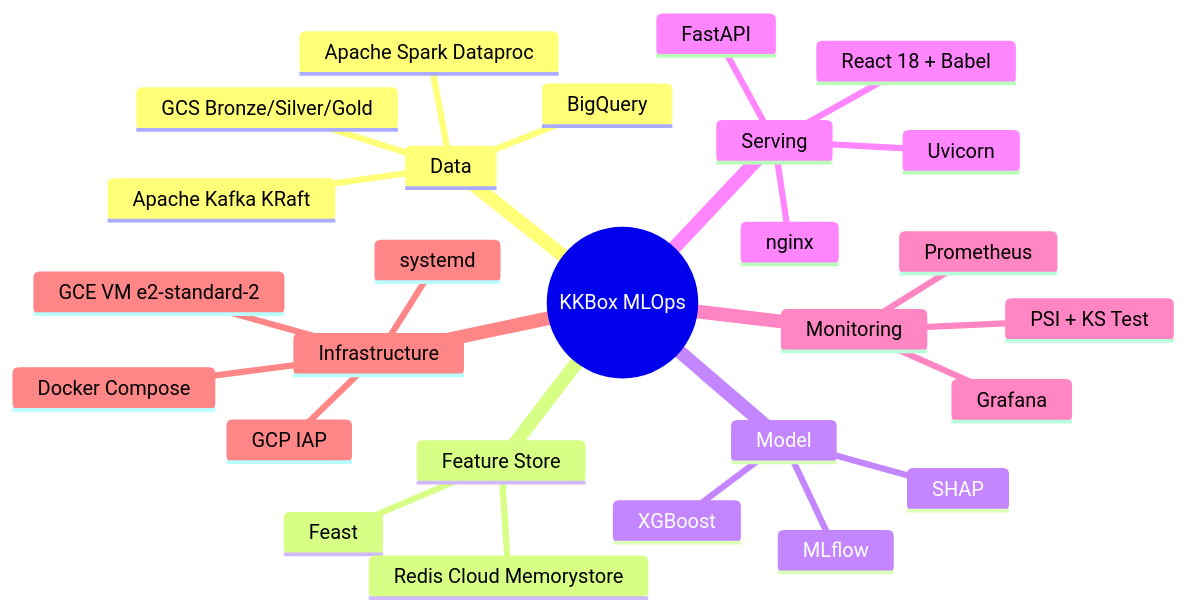
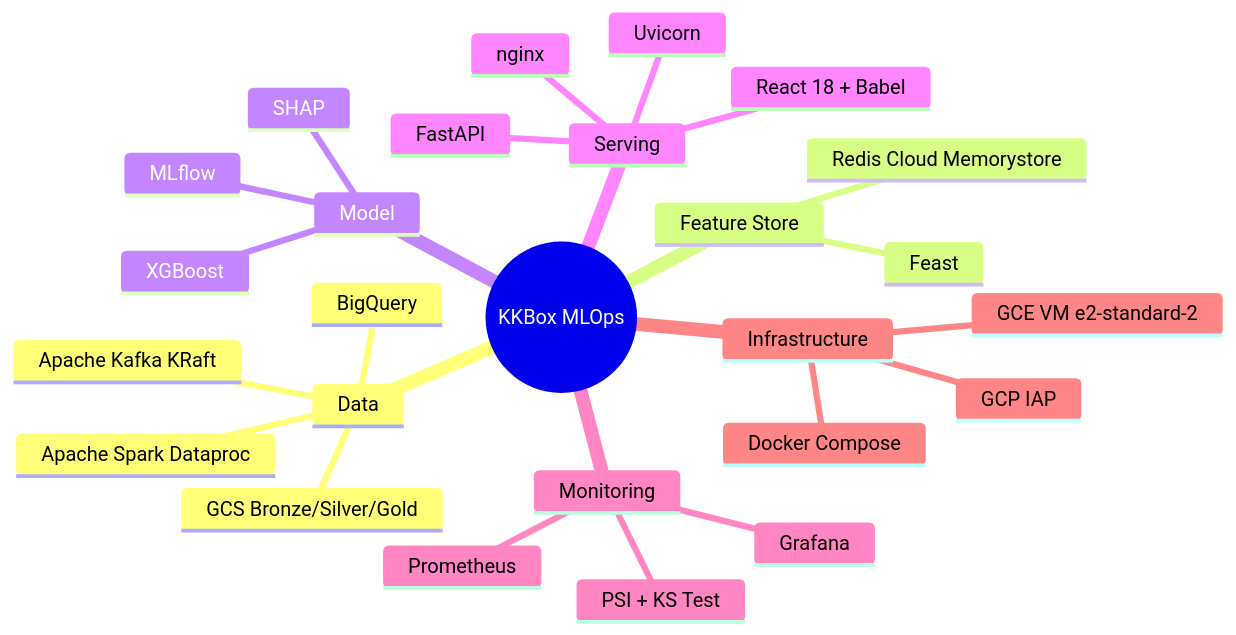
Before and after one commit to ptrnghieu/kkbox-churn-prediction: the first of 2 diagrams in README.md, drawn with Mermaid. The commit also changed other lines of this file, not shown here.

````diff
--- a/README.md
+++ b/README.md
@@ -55,30 +125,29 @@
 ```mermaid
 mindmap
   root((KKBox MLOps))
     Data
       GCS Bronze/Silver/Gold
       Apache Kafka KRaft
       BigQuery
       Apache Spark Dataproc
     Feature Store
       Feast
       Redis Cloud Memorystore
     Model
       XGBoost
       SHAP
       MLflow
     Serving
       FastAPI
       Uvicorn
       nginx
       React 18 + Babel
     Monitoring
       Prometheus
       Grafana
       PSI + KS Test
     Infrastructure
       GCE VM e2-standard-2
       Docker Compose
-      systemd
       GCP IAP
 ```
````
